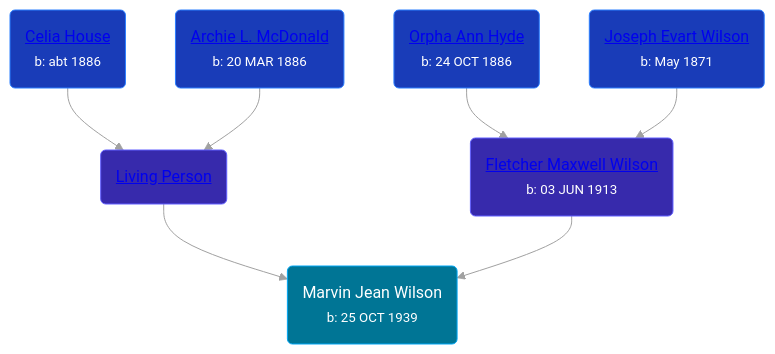
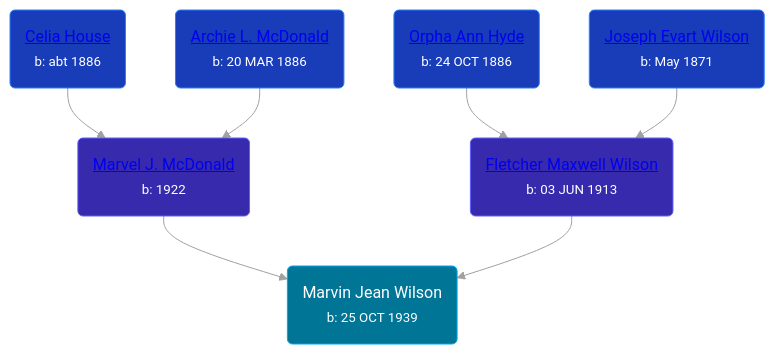
One commit to wpmgotkh/wpmgotkh.github.io changed the diagram in pages/people/4/40728128.md. Above: the diagram before and after it, drawn with Mermaid. The commit also changed other lines of this file and 257 other files, not shown here.

````diff
--- a/pages/people/4/40728128.md
+++ b/pages/people/4/40728128.md
@@ -11,14 +11,14 @@
 ```mermaid
 graph
 classDef grands fill:#193cb8,stroke:#2b7fff,stroke-width:1px,color:#fff;
 classDef parents fill:#372aac,stroke:#615fff,stroke-width:1px,color:#fff;
 classDef primary fill:#007595,stroke:#00a6f4,stroke-width:1px,color:#fff;
 40728128(Marvin Jean Wilson<br /><small>b: 25 OCT 1939</small>):::primary
-1324224(<a class="text-white" href="/people/1/1324224">Living Person</a>):::parents-->40728128
+1324224(<a class="text-white" href="/people/1/1324224">Marvel J. McDonald</a><br /><small>b: 1922</small>):::parents-->40728128
 69305794(<a class="text-white" href="/people/6/69305794">Celia House</a><br /><small>b: abt 1886</small>):::grands-->1324224
 52644506(<a class="text-white" href="/people/5/52644506">Archie L. McDonald</a><br /><small>b: 20 MAR 1886</small>):::grands-->1324224
 32597724(<a class="text-white" href="/people/3/32597724">Fletcher Maxwell Wilson</a><br /><small>b: 03 JUN 1913</small>):::parents-->40728128
 63932813(<a class="text-white" href="/people/6/63932813">Orpha Ann Hyde</a><br /><small>b: 24 OCT 1886</small>):::grands-->32597724
 57306025(<a class="text-white" href="/people/5/57306025">Joseph Evart Wilson</a><br /><small>b: May 1871</small>):::grands-->32597724
 linkStyle default stroke:#a1a1a1
 ```
````
